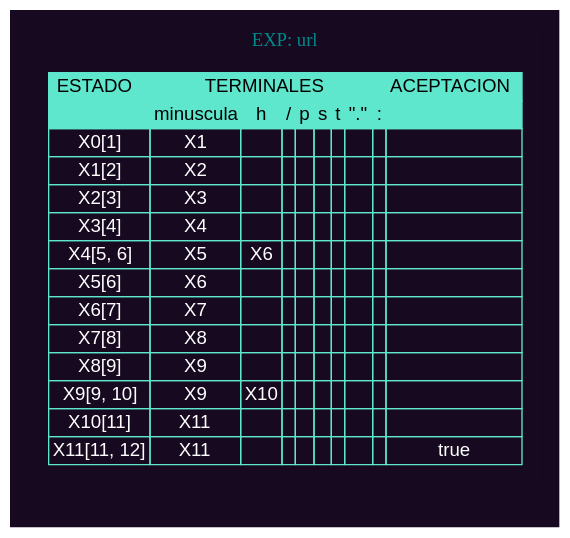
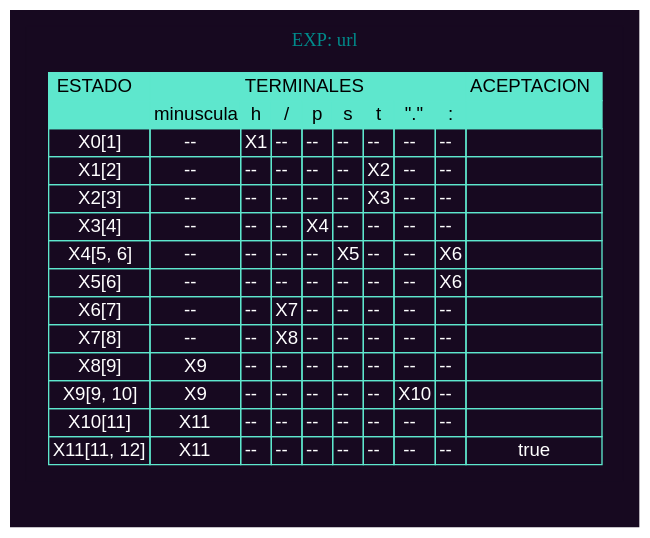
The diagram in ExRegan1/REPORTES/TRANSICIONES_202100953/Tabla_transiciones_url.dot (Damaris-Muralles/OLC_ExRegan), drawn with Graphviz before and after one commit. The commit also changed 44 other files, not shown here.

```diff
--- a/ExRegan1/REPORTES/TRANSICIONES_202100953/Tabla_transiciones_url.dot
+++ b/ExRegan1/REPORTES/TRANSICIONES_202100953/Tabla_transiciones_url.dot
@@ -29,135 +29,135 @@
                     </tr>
 <tr>
                     <td><font color="white" align="center">X0[1]</font></td>
+                    <td align="center"><font color="white"> -- </font></td>
                     <td align="center"><font color="white">X1</font></td>
-                    <td align="center"><font color="white"> </font></td>
-                    <td align="center"><font color="white"> </font></td>
-                    <td align="center"><font color="white"> </font></td>
-                    <td align="center"><font color="white"> </font></td>
-                    <td align="center"><font color="white"> </font></td>
-                    <td align="center"><font color="white"> </font></td>
-                    <td align="center"><font color="white"> </font></td>
+                    <td align="center"><font color="white"> -- </font></td>
+                    <td align="center"><font color="white"> -- </font></td>
+                    <td align="center"><font color="white"> -- </font></td>
+                    <td align="center"><font color="white"> -- </font></td>
+                    <td align="center"><font color="white"> -- </font></td>
+                    <td align="center"><font color="white"> -- </font></td>
                     <td ><font color="white" align="center"> </font></td>
                     </tr><tr>
                     <td><font color="white" align="center">X1[2]</font></td>
+                    <td align="center"><font color="white"> -- </font></td>
+                    <td align="center"><font color="white"> -- </font></td>
+                    <td align="center"><font color="white"> -- </font></td>
+                    <td align="center"><font color="white"> -- </font></td>
+                    <td align="center"><font color="white"> -- </font></td>
                     <td align="center"><font color="white">X2</font></td>
-                    <td align="center"><font color="white"> </font></td>
-                    <td align="center"><font color="white"> </font></td>
-                    <td align="center"><font color="white"> </font></td>
-                    <td align="center"><font color="white"> </font></td>
-                    <td align="center"><font color="white"> </font></td>
-                    <td align="center"><font color="white"> </font></td>
-                    <td align="center"><font color="white"> </font></td>
+                    <td align="center"><font color="white"> -- </font></td>
+                    <td align="center"><font color="white"> -- </font></td>
                     <td ><font color="white" align="center"> </font></td>
                     </tr><tr>
                     <td><font color="white" align="center">X2[3]</font></td>
+                    <td align="center"><font color="white"> -- </font></td>
+                    <td align="center"><font color="white"> -- </font></td>
+                    <td align="center"><font color="white"> -- </font></td>
+                    <td align="center"><font color="white"> -- </font></td>
+                    <td align="center"><font color="white"> -- </font></td>
                     <td align="center"><font color="white">X3</font></td>
-                    <td align="center"><font color="white"> </font></td>
-                    <td align="center"><font color="white"> </font></td>
-                    <td align="center"><font color="white"> </font></td>
-                    <td align="center"><font color="white"> </font></td>
-                    <td align="center"><font color="white"> </font></td>
-                    <td align="center"><font color="white"> </font></td>
-                    <td align="center"><font color="white"> </font></td>
+                    <td align="center"><font color="white"> -- </font></td>
+                    <td align="center"><font color="white"> -- </font></td>
                     <td ><font color="white" align="center"> </font></td>
                     </tr><tr>
                     <td><font color="white" align="center">X3[4]</font></td>
+                    <td align="center"><font color="white"> -- </font></td>
+                    <td align="center"><font color="white"> -- </font></td>
+                    <td align="center"><font color="white"> -- </font></td>
                     <td align="center"><font color="white">X4</font></td>
-                    <td align="center"><font color="white"> </font></td>
-                    <td align="center"><font color="white"> </font></td>
-                    <td align="center"><font color="white"> </font></td>
-                    <td align="center"><font color="white"> </font></td>
-                    <td align="center"><font color="white"> </font></td>
-                    <td align="center"><font color="white"> </font></td>
-                    <td align="center"><font color="white"> </font></td>
+                    <td align="center"><font color="white"> -- </font></td>
+                    <td align="center"><font color="white"> -- </font></td>
+                    <td align="center"><font color="white"> -- </font></td>
+                    <td align="center"><font color="white"> -- </font></td>
                     <td ><font color="white" align="center"> </font></td>
                     </tr><tr>
                     <td><font color="white" align="center">X4[5, 6]</font></td>
+                    <td align="center"><font color="white"> -- </font></td>
+                    <td align="center"><font color="white"> -- </font></td>
+                    <td align="center"><font color="white"> -- </font></td>
+                    <td align="center"><font color="white"> -- </font></td>
                     <td align="center"><font color="white">X5</font></td>
+                    <td align="center"><font color="white"> -- </font></td>
+                    <td align="center"><font color="white"> -- </font></td>
                     <td align="center"><font color="white">X6</font></td>
-                    <td align="center"><font color="white"> </font></td>
-                    <td align="center"><font color="white"> </font></td>
-                    <td align="center"><font color="white"> </font></td>
-                    <td align="center"><font color="white"> </font></td>
-                    <td align="center"><font color="white"> </font></td>
-                    <td align="center"><font color="white"> </font></td>
                     <td ><font color="white" align="center"> </font></td>
                     </tr><tr>
                     <td><font color="white" align="center">X5[6]</font></td>
+                    <td align="center"><font color="white"> -- </font></td>
+                    <td align="center"><font color="white"> -- </font></td>
+                    <td align="center"><font color="white"> -- </font></td>
+                    <td align="center"><font color="white"> -- </font></td>
+                    <td align="center"><font color="white"> -- </font></td>
+                    <td align="center"><font color="white"> -- </font></td>
+                    <td align="center"><font color="white"> -- </font></td>
                     <td align="center"><font color="white">X6</font></td>
-                    <td align="center"><font color="white"> </font></td>
-                    <td align="center"><font color="white"> </font></td>
-                    <td align="center"><font color="white"> </font></td>
-                    <td align="center"><font color="white"> </font></td>
-                    <td align="center"><font color="white"> </font></td>
-                    <td align="center"><font color="white"> </font></td>
-                    <td align="center"><font color="white"> </font></td>
                     <td ><font color="white" align="center"> </font></td>
                     </tr><tr>
                     <td><font color="white" align="center">X6[7]</font></td>
+                    <td align="center"><font color="white"> -- </font></td>
+                    <td align="center"><font color="white"> -- </font></td>
                     <td align="center"><font color="white">X7</font></td>
-                    <td align="center"><font color="white"> </font></td>
-                    <td align="center"><font color="white"> </font></td>
-                    <td align="center"><font color="white"> </font></td>
-                    <td align="center"><font color="white"> </font></td>
-                    <td align="center"><font color="white"> </font></td>
-                    <td align="center"><font color="white"> </font></td>
-                    <td align="center"><font color="white"> </font></td>
+                    <td align="center"><font color="white"> -- </font></td>
+                    <td align="center"><font color="white"> -- </font></td>
+                    <td align="center"><font color="white"> -- </font></td>
+                    <td align="center"><font color="white"> -- </font></td>
+                    <td align="center"><font color="white"> -- </font></td>
                     <td ><font color="white" align="center"> </font></td>
                     </tr><tr>
                     <td><font color="white" align="center">X7[8]</font></td>
+                    <td align="center"><font color="white"> -- </font></td>
+                    <td align="center"><font color="white"> -- </font></td>
                     <td align="center"><font color="white">X8</font></td>
-                    <td align="center"><font color="white"> </font></td>
-                    <td align="center"><font color="white"> </font></td>
-                    <td align="center"><font color="white"> </font></td>
-                    <td align="center"><font color="white"> </font></td>
-                    <td align="center"><font color="white"> </font></td>
-                    <td align="center"><font color="white"> </font></td>
-                    <td align="center"><font color="white"> </font></td>
+                    <td align="center"><font color="white"> -- </font></td>
+                    <td align="center"><font color="white"> -- </font></td>
+                    <td align="center"><font color="white"> -- </font></td>
+                    <td align="center"><font color="white"> -- </font></td>
+                    <td align="center"><font color="white"> -- </font></td>
                     <td ><font color="white" align="center"> </font></td>
                     </tr><tr>
                     <td><font color="white" align="center">X8[9]</font></td>
                     <td align="center"><font color="white">X9</font></td>
-                    <td align="center"><font color="white"> </font></td>
-                    <td align="center"><font color="white"> </font></td>
-                    <td align="center"><font color="white"> </font></td>
-                    <td align="center"><font color="white"> </font></td>
-                    <td align="center"><font color="white"> </font></td>
-                    <td align="center"><font color="white"> </font></td>
-                    <td align="center"><font color="white"> </font></td>
+                    <td align="center"><font color="white"> -- </font></td>
+                    <td align="center"><font color="white"> -- </font></td>
+                    <td align="center"><font color="white"> -- </font></td>
+                    <td align="center"><font color="white"> -- </font></td>
+                    <td align="center"><font color="white"> -- </font></td>
+                    <td align="center"><font color="white"> -- </font></td>
+                    <td align="center"><font color="white"> -- </font></td>
                     <td ><font color="white" align="center"> </font></td>
                     </tr><tr>
                     <td><font color="white" align="center">X9[9, 10]</font></td>
                     <td align="center"><font color="white">X9</font></td>
+                    <td align="center"><font color="white"> -- </font></td>
+                    <td align="center"><font color="white"> -- </font></td>
+                    <td align="center"><font color="white"> -- </font></td>
+                    <td align="center"><font color="white"> -- </font></td>
+                    <td align="center"><font color="white"> -- </font></td>
                     <td align="center"><font color="white">X10</font></td>
-                    <td align="center"><font color="white"> </font></td>
-                    <td align="center"><font color="white"> </font></td>
-                    <td align="center"><font color="white"> </font></td>
-                    <td align="center"><font color="white"> </font></td>
-                    <td align="center"><font color="white"> </font></td>
-                    <td align="center"><font color="white"> </font></td>
+                    <td align="center"><font color="white"> -- </font></td>
                     <td ><font color="white" align="center"> </font></td>
                     </tr><tr>
                     <td><font color="white" align="center">X10[11]</font></td>
                     <td align="center"><font color="white">X11</font></td>
-                    <td align="center"><font color="white"> </font></td>
-                    <td align="center"><font color="white"> </font></td>
-                    <td align="center"><font color="white"> </font></td>
-                    <td align="center"><font color="white"> </font></td>
-                    <td align="center"><font color="white"> </font></td>
-                    <td align="center"><font color="white"> </font></td>
-                    <td align="center"><font color="white"> </font></td>
+                    <td align="center"><font color="white"> -- </font></td>
+                    <td align="center"><font color="white"> -- </font></td>
+                    <td align="center"><font color="white"> -- </font></td>
+                    <td align="center"><font color="white"> -- </font></td>
+                    <td align="center"><font color="white"> -- </font></td>
+                    <td align="center"><font color="white"> -- </font></td>
+                    <td align="center"><font color="white"> -- </font></td>
                     <td ><font color="white" align="center"> </font></td>
                     </tr><tr>
                     <td><font color="white" align="center">X11[11, 12]</font></td>
                     <td align="center"><font color="white">X11</font></td>
-                    <td align="center"><font color="white"> </font></td>
-                    <td align="center"><font color="white"> </font></td>
-                    <td align="center"><font color="white"> </font></td>
-                    <td align="center"><font color="white"> </font></td>
-                    <td align="center"><font color="white"> </font></td>
-                    <td align="center"><font color="white"> </font></td>
-                    <td align="center"><font color="white"> </font></td>
+                    <td align="center"><font color="white"> -- </font></td>
+                    <td align="center"><font color="white"> -- </font></td>
+                    <td align="center"><font color="white"> -- </font></td>
+                    <td align="center"><font color="white"> -- </font></td>
+                    <td align="center"><font color="white"> -- </font></td>
+                    <td align="center"><font color="white"> -- </font></td>
+                    <td align="center"><font color="white"> -- </font></td>
                     <td ><font color="white" align="center">true</font></td>
                     </tr>                </table>
         > ] ; 
```
